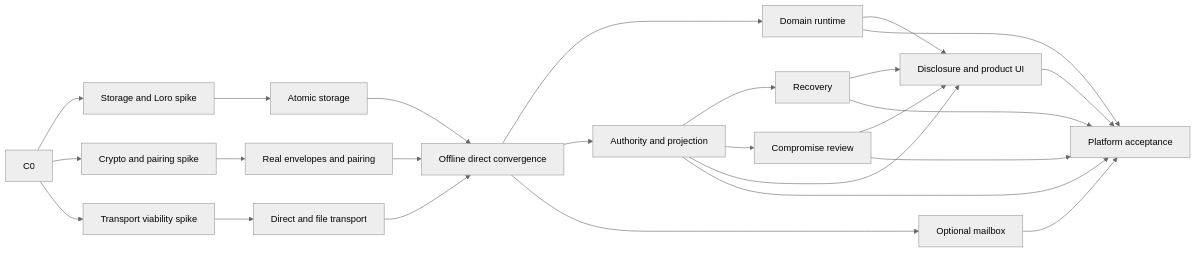
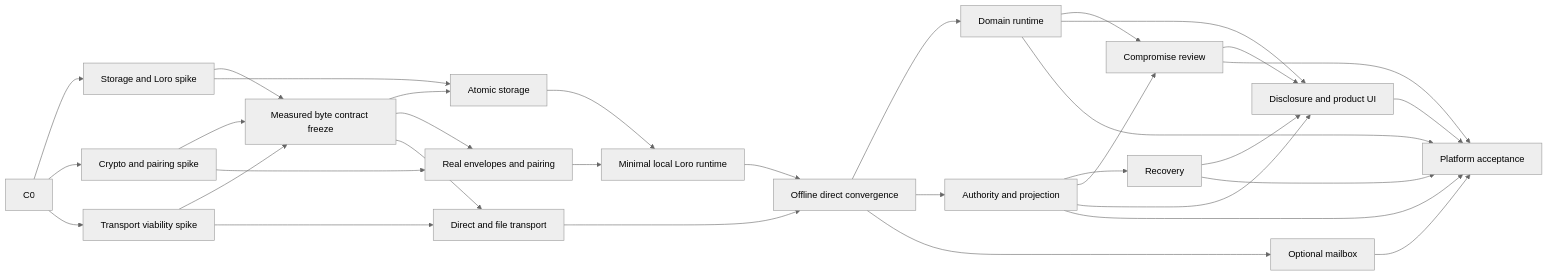
One commit to 0cwa/creative-cooking changed the diagram in docs/plans/LORO-EXECUTION-PLAN.md. Above: the diagram before and after it, drawn with Mermaid (neutral theme). The commit also changed other lines of this file and 1 other file, not shown here.

Commit message:
Finalize Loro execution dependencies and ownership

````diff
--- a/docs/plans/LORO-EXECUTION-PLAN.md
+++ b/docs/plans/LORO-EXECUTION-PLAN.md
@@ -15,27 +15,35 @@
 ```mermaid
 flowchart LR
  C0 --> S1[Storage and Loro spike]
  C0 --> K1[Crypto and pairing spike]
  C0 --> T1[Transport viability spike]
- S1 --> S2[Atomic storage]
+ S1 --> C1[Measured byte contract freeze]
+ K1 --> C1
+ T1 --> C1
+ C1 --> S2[Atomic storage]
+ C1 --> K2[Real envelopes and pairing]
+ C1 --> T2[Direct and file transport]
+ S1 --> S2
  K1 --> K2[Real envelopes and pairing]
  T1 --> T2[Direct and file transport]
- S2 --> E1[Offline direct convergence]
- K2 --> E1
+ S2 --> L1[Minimal local Loro runtime]
+ K2 --> L1
+ L1 --> E1[Offline direct convergence]
  T2 --> E1
  E1 --> D[Domain runtime]
  E1 --> A[Authority and projection]
  E1 --> R[Optional mailbox]
  A --> H[Recovery]
  A --> Q[Compromise review]
+ D --> Q
  D --> U[Disclosure and product UI]
  A --> U
  H --> U
  Q --> U
  D --> P[Platform acceptance]
  A --> P
  R --> P
  H --> P
  Q --> P
  U --> P
 ```
````
